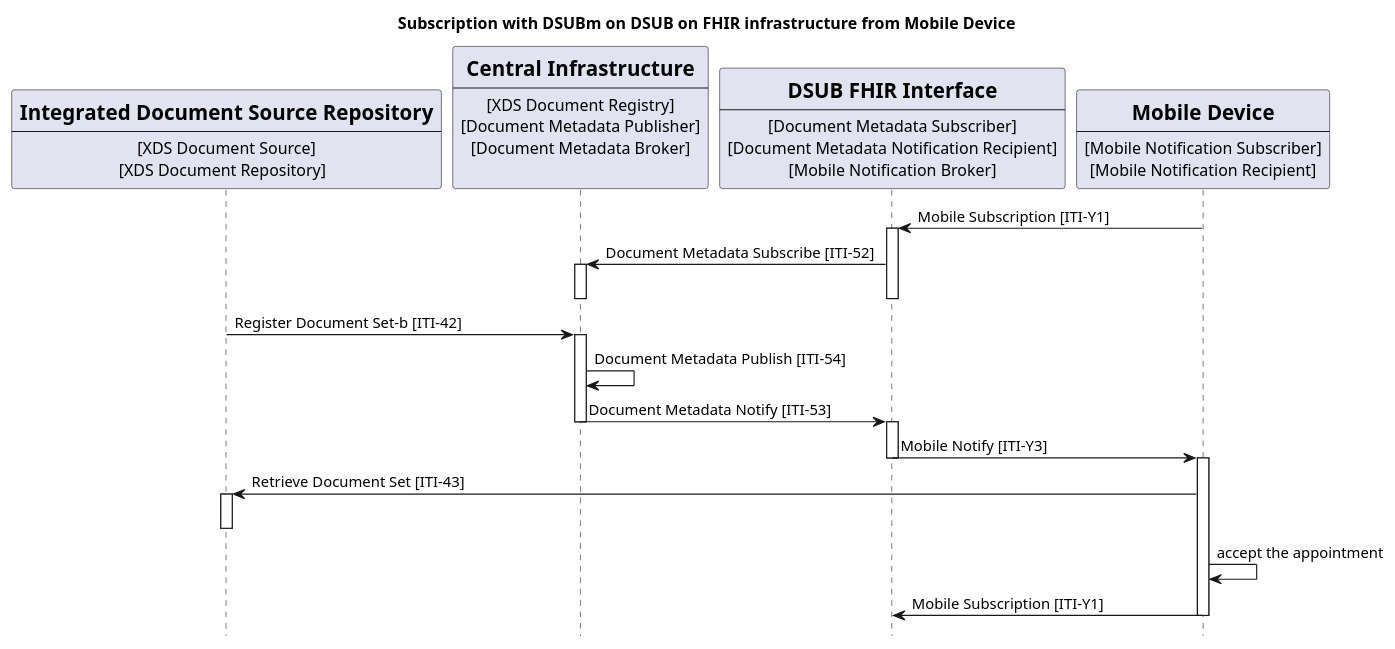
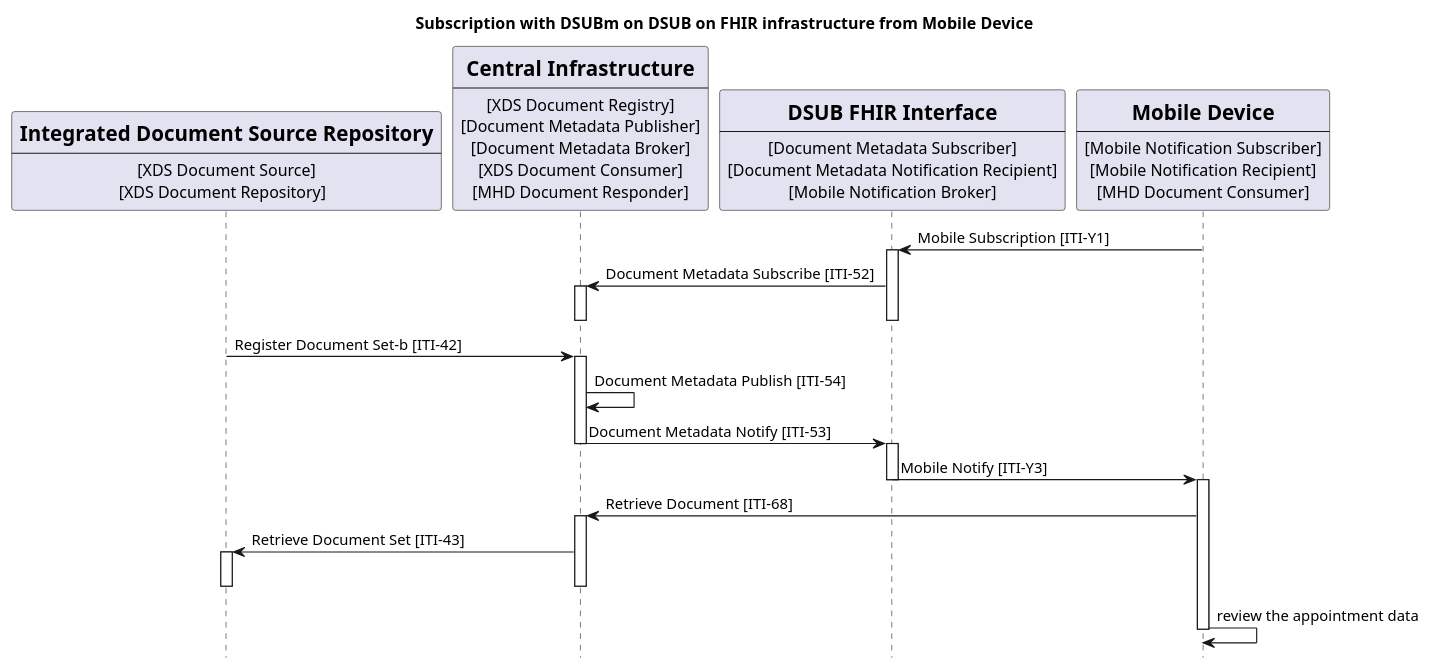
The diagram in input/images-source/usecase4-processflow.plantuml (IHE/ITI.DSUBm), drawn with PlantUML before and after one commit. The commit also changed 9 other files, not shown here.

```diff
--- a/input/images-source/usecase4-processflow.plantuml
+++ b/input/images-source/usecase4-processflow.plantuml
@@ -1,61 +1,65 @@
 @startuml
 skinparam svgDimensionStyle false
 hide footbox
 title "Subscription with DSUBm on DSUB on FHIR infrastructure from Mobile Device" 
 participant Repository [
     =Integrated Document Source Repository
     ----
     [XDS Document Source]
     [XDS Document Repository]  
 ] 
 
 participant Central [
     =Central Infrastructure
     ----
     [XDS Document Registry]
     [Document Metadata Publisher]
     [Document Metadata Broker]
-    
+    [XDS Document Consumer]
+    [MHD Document Responder]
 ] 
 
 participant DSUBonFHIR [
     =DSUB FHIR Interface
     ----
     [Document Metadata Subscriber]
     [Document Metadata Notification Recipient]
     [Mobile Notification Broker]
     ] 
 
 participant MobDevice [
     =Mobile Device
     ----
     [Mobile Notification Subscriber]
     [Mobile Notification Recipient]
+    [MHD Document Consumer]
 ] 
 
 MobDevice -> DSUBonFHIR: Mobile Subscription [ITI-Y1]
 activate DSUBonFHIR
 DSUBonFHIR -> Central: Document Metadata Subscribe [ITI-52]
 activate Central
 deactivate Central
 deactivate DSUBonFHIR
 
 Repository -> Central: Register Document Set-b [ITI-42]
 activate Central
 Central -> Central:  Document Metadata Publish [ITI-54]
 Central -> DSUBonFHIR: Document Metadata Notify [ITI-53]
 deactivate Central
 
 activate DSUBonFHIR
 DSUBonFHIR -> MobDevice: Mobile Notify [ITI-Y3]
 deactivate DSUBonFHIR
 activate MobDevice
-MobDevice -> Repository: Retrieve Document Set [ITI-43]
+MobDevice -> Central: Retrieve Document [ITI-68]
+activate Central
+Central -> Repository: Retrieve Document Set [ITI-43]
 activate Repository
 deactivate Repository
-MobDevice -> MobDevice: accept the appointment
-MobDevice -> DSUBonFHIR: Mobile Subscription [ITI-Y1]
+deactivate Central
+MobDevice -> MobDevice: review the appointment data
 deactivate MobDevice
 
 
 @enduml
```
